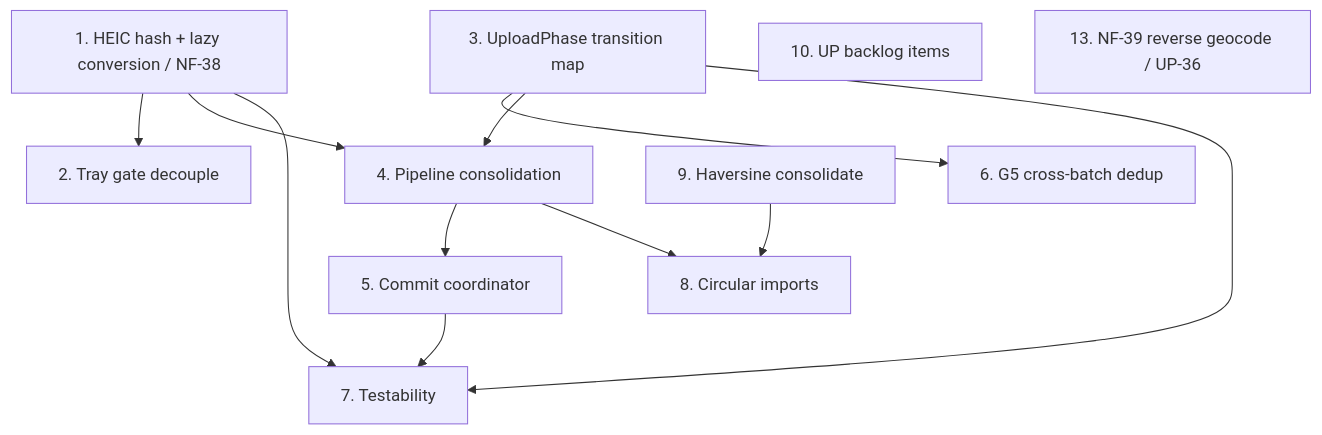
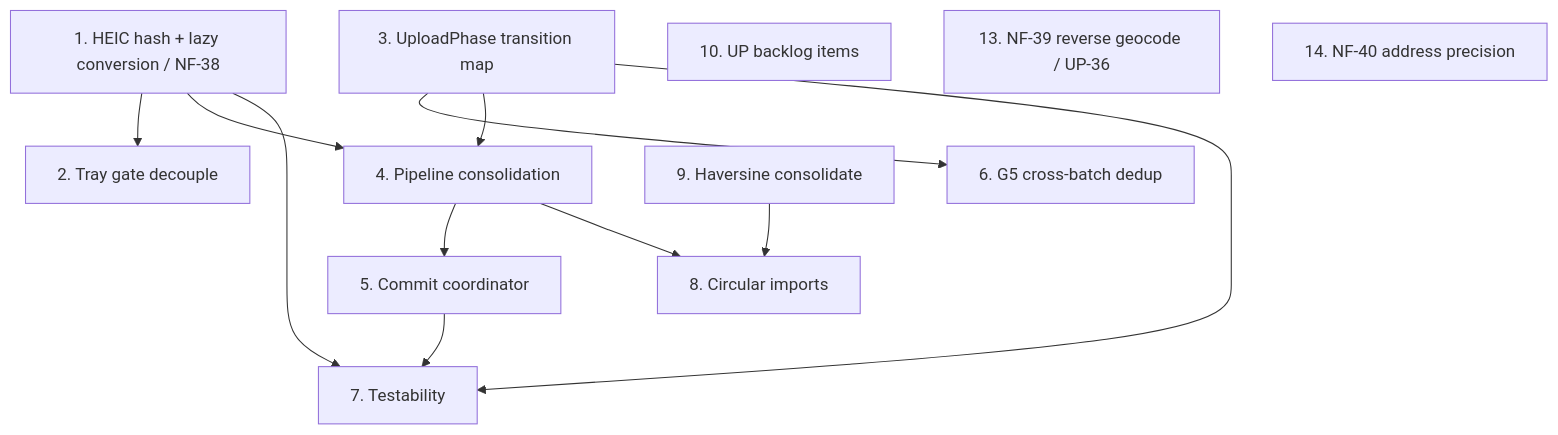
The diagram in docs/audits/upload-flow-review-2026-09-10/06-improvement-plan.md (matkleve/feldpost), drawn with Mermaid before and after one commit. The commit also changed other lines of this file and 5 other files, not shown here.

````diff
--- a/docs/audits/upload-flow-review-2026-09-10/06-improvement-plan.md
+++ b/docs/audits/upload-flow-review-2026-09-10/06-improvement-plan.md
@@ -348,25 +371,26 @@
 ```mermaid
 flowchart TD
   HEIC[1. HEIC hash + lazy conversion / NF-38]
   TRAY[2. Tray gate decouple]
   FSM[3. UploadPhase transition map]
   PIPE[4. Pipeline consolidation]
   COMMIT[5. Commit coordinator]
   G5[6. G5 cross-batch dedup]
   TEST[7. Testability]
   CYCLES[8. Circular imports]
   HAV[9. Haversine consolidate]
   BACKLOG[10. UP backlog items]
   NF39[13. NF-39 reverse geocode / UP-36]
+  NF40[14. NF-40 address precision]
 
   HEIC --> TRAY
   HEIC --> PIPE
   FSM --> G5
   FSM --> PIPE
   PIPE --> COMMIT
   PIPE --> CYCLES
   HEIC --> TEST
   FSM --> TEST
   COMMIT --> TEST
   HAV --> CYCLES
 ```
````
